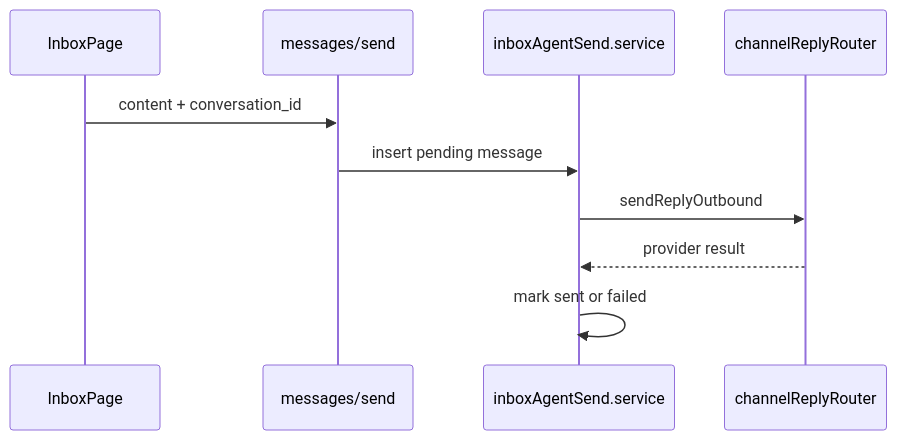
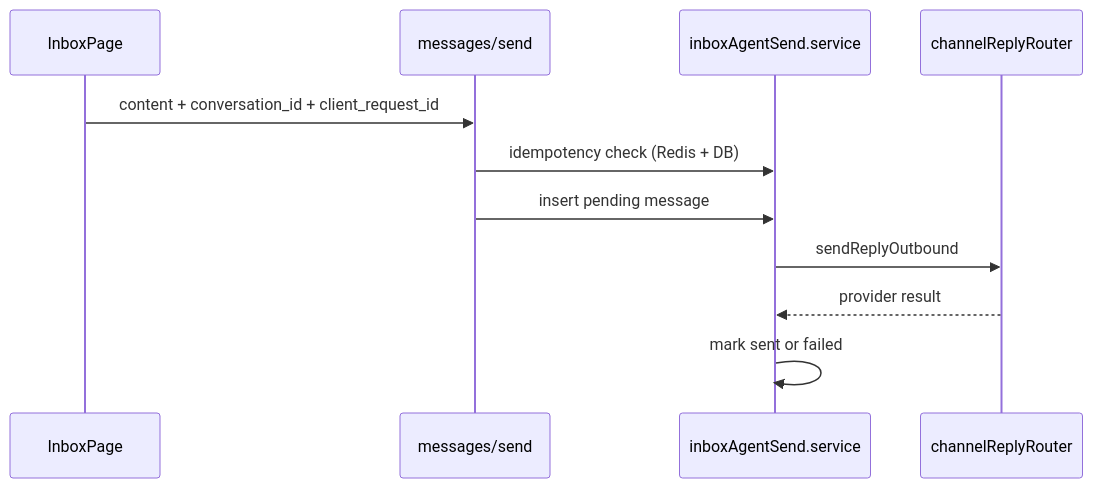
Before and after one commit to 108aryanmaurya/AI-Support-System: the diagram in docs/features/messages.md, drawn with Mermaid. The commit also changed other lines of this file and 35 other files, not shown here.

````diff
--- a/docs/features/messages.md
+++ b/docs/features/messages.md
@@ -18,12 +18,13 @@
 ```mermaid
 sequenceDiagram
   participant Agent as InboxPage
   participant API as messages/send
   participant Send as inboxAgentSend.service
   participant Router as channelReplyRouter
-  Agent->>API: content + conversation_id
+  Agent->>API: content + conversation_id + client_request_id
+  API->>Send: idempotency check (Redis + DB)
   API->>Send: insert pending message
   Send->>Router: sendReplyOutbound
   Router-->>Send: provider result
   Send->>Send: mark sent or failed
 ```
````
